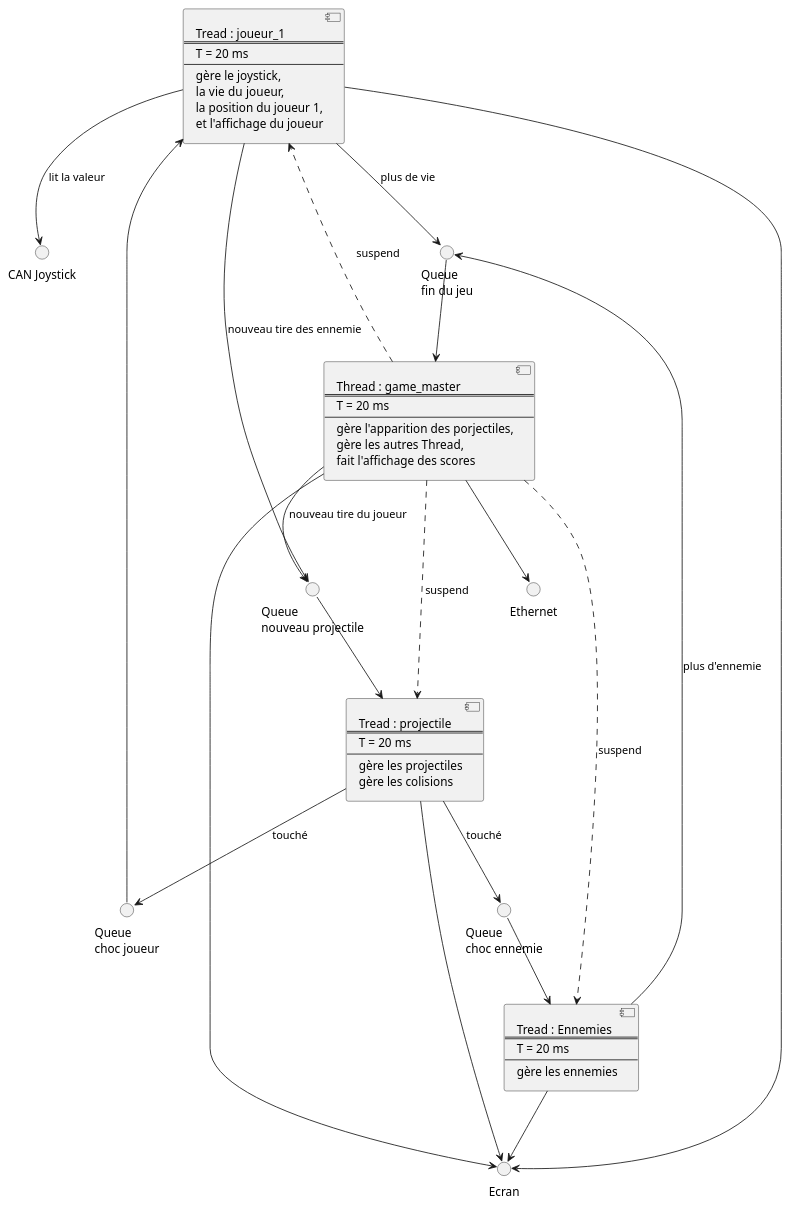
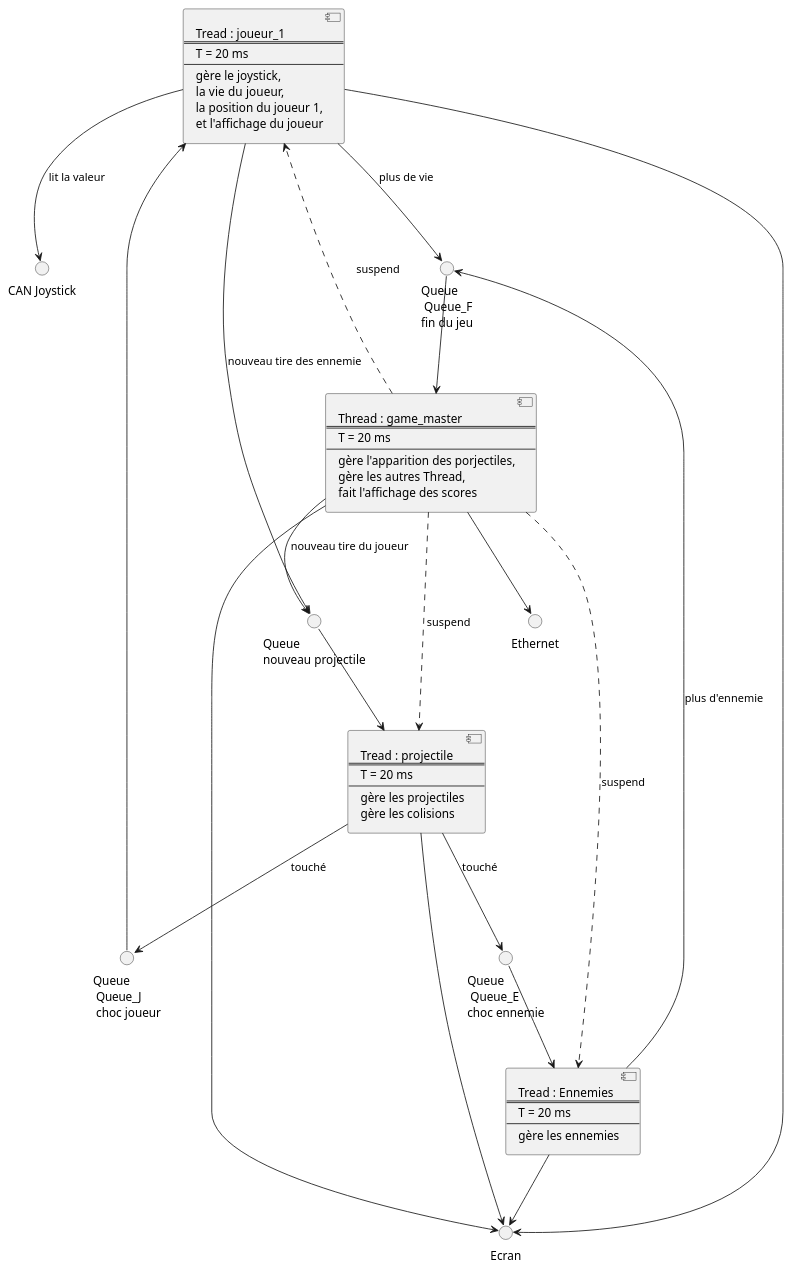
The diagram in Biblio/UML/threads.puml (EmileClement/Space_Invaders), drawn with PlantUML before and after one commit.

```diff
--- a/Biblio/UML/threads.puml
+++ b/Biblio/UML/threads.puml
@@ -1,66 +1,66 @@
 @startuml Architecture projet
 interface "CAN Joystick" as CAN
 interface "Ecran" as LCD
 interface "Ethernet" as ether
-interface "Queue\nchoc joueur" as Queue_J
-interface "Queue\nchoc ennemie" as Queue_E
-interface "Queue\nfin du jeu" as Queue_F
+interface "Queue\n Queue_J\n choc joueur" as Queue_J
+interface "Queue\n Queue_E\nchoc ennemie" as Queue_E
+interface "Queue\n Queue_F\nfin du jeu" as Queue_F
 interface "Queue\nnouveau projectile" as Queue_N
 component t_gm[
 Thread : game_master
 ===
 T = 20 ms
 ---
 gère l'apparition des porjectiles,
 gère les autres Thread,
 fait l'affichage des scores
 ]
 component t_j1[
 Tread : joueur_1
 ===
 T = 20 ms
 ---
 gère le joystick,
 la vie du joueur,
 la position du joueur 1,
 et l'affichage du joueur
 ]
 component t_ennemie[
 Tread : Ennemies
 ===
 T = 20 ms
 ---
 gère les ennemies
 ]
 component t_proj[
 Tread : projectile
 ===
 T = 20 ms
 ---
 gère les projectiles
 gère les colisions
 ]
 [t_j1] --> CAN : lit la valeur
 [t_proj] --> Queue_E : touché
 [t_proj] --> Queue_J : touché
 Queue_E --> [t_ennemie]
 Queue_J --> [t_j1]
 [t_j1] --> Queue_F : plus de vie
 [t_ennemie] --> Queue_F : plus d'ennemie
 Queue_F --> [t_gm]
 [t_gm] --> Queue_N : nouveau tire du joueur
 [t_j1] --> Queue_N : nouveau tire des ennemie
 Queue_N --> [t_proj]
 
 [t_j1] --> LCD
 [t_ennemie] --> LCD
 [t_proj] --> LCD
 [t_gm] --> LCD
 
 [t_gm]-->ether
 
 [t_gm]..>[t_j1] : suspend
 [t_gm]..>[t_ennemie] : suspend
 [t_gm]..>[t_proj] : suspend
 
 @enduml
```
